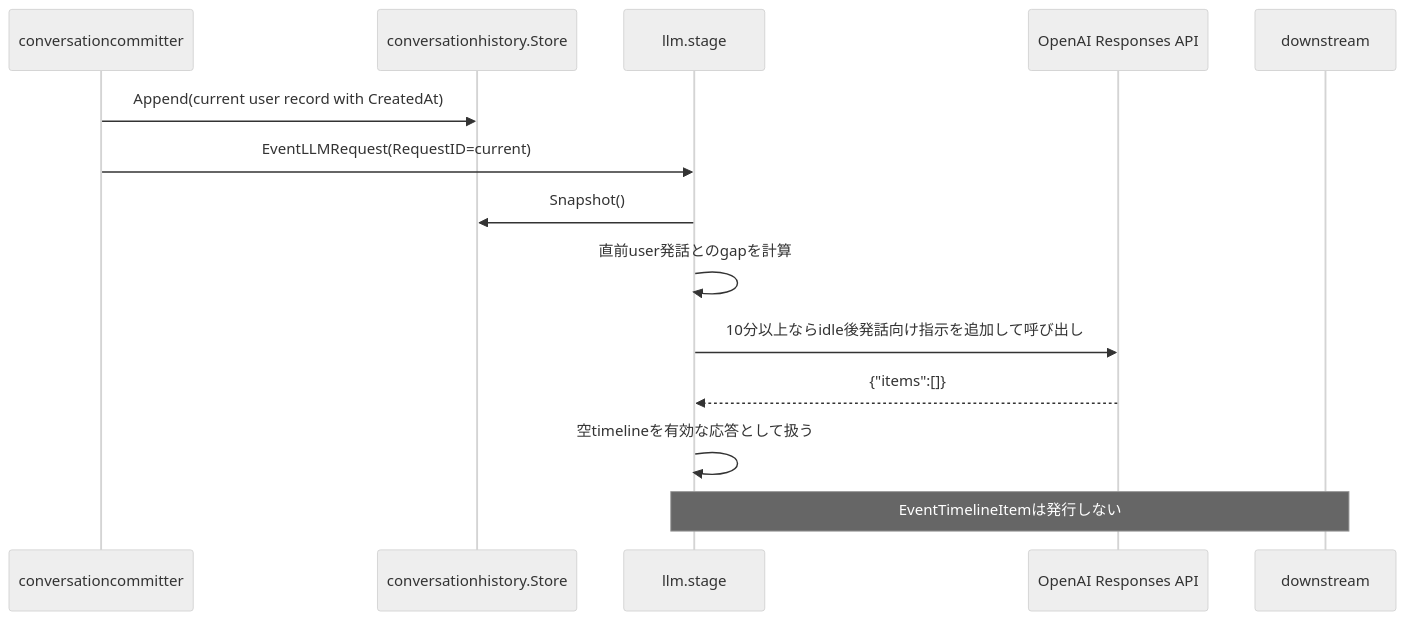
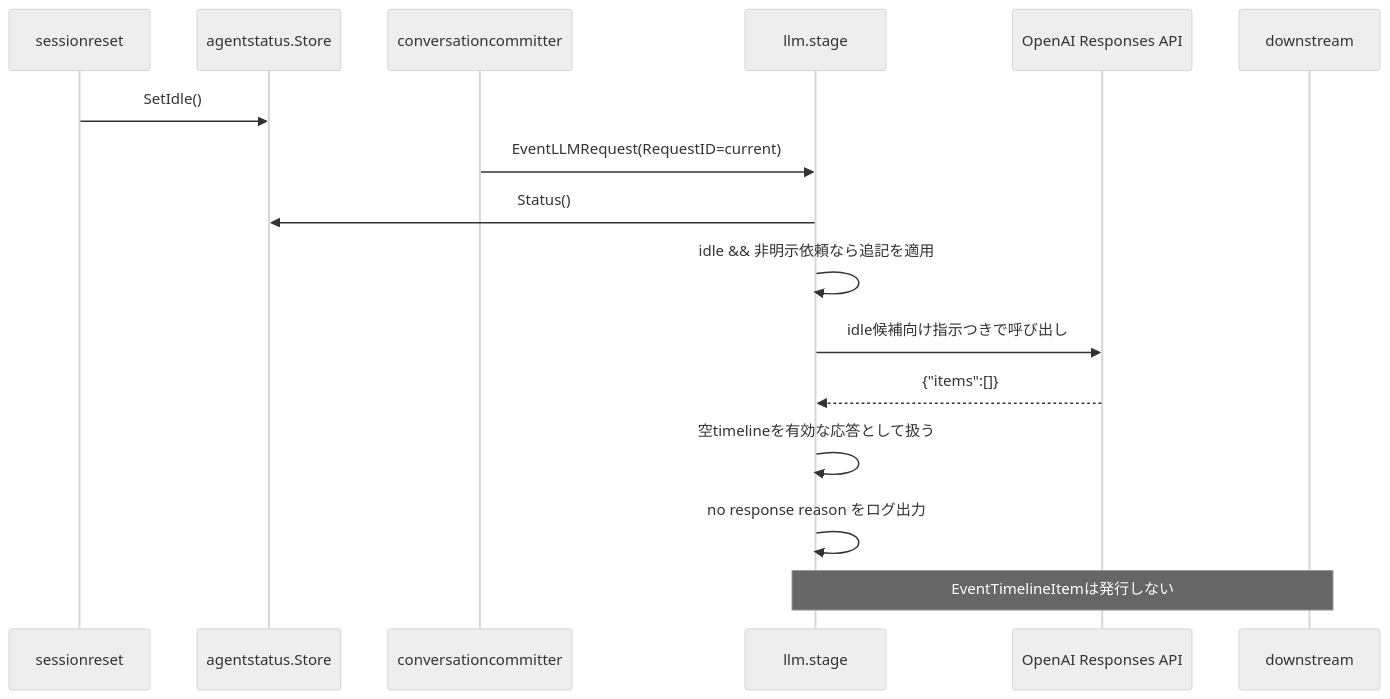
One commit to tetetratra/smart-speaker changed the second of 3 diagrams in docs/components/llm.md. Above: the diagram before and after it, drawn with Mermaid (neutral theme). The commit also changed other lines of this file, not shown here.

First line of the commit message:
agentStatus ベース判定の仕様ドキュメントを更新する

````diff
--- a/docs/components/llm.md
+++ b/docs/components/llm.md
@@ -92,17 +95,19 @@
 ```mermaid
 sequenceDiagram
+  participant SessionReset as sessionreset
+  participant AgentStatus as agentstatus.Store
   participant Committer as conversationcommitter
-  participant History as conversationhistory.Store
   participant LLM as llm.stage
   participant OpenAI as OpenAI Responses API
   participant Down as downstream
 
-  Committer->>History: Append(current user record with CreatedAt)
+  SessionReset->>AgentStatus: SetIdle()
   Committer->>LLM: EventLLMRequest(RequestID=current)
-  LLM->>History: Snapshot()
-  LLM->>LLM: 直前user発話とのgapを計算
-  LLM->>OpenAI: 10分以上ならidle後発話向け指示を追加して呼び出し
+  LLM->>AgentStatus: Status()
+  LLM->>LLM: idle && 非明示依頼なら追記を適用
+  LLM->>OpenAI: idle候補向け指示つきで呼び出し
   OpenAI-->>LLM: {"items":[]}
   LLM->>LLM: 空timelineを有効な応答として扱う
+  LLM->>LLM: no response reason をログ出力
   Note over LLM,Down: EventTimelineItemは発行しない
 ```
````
